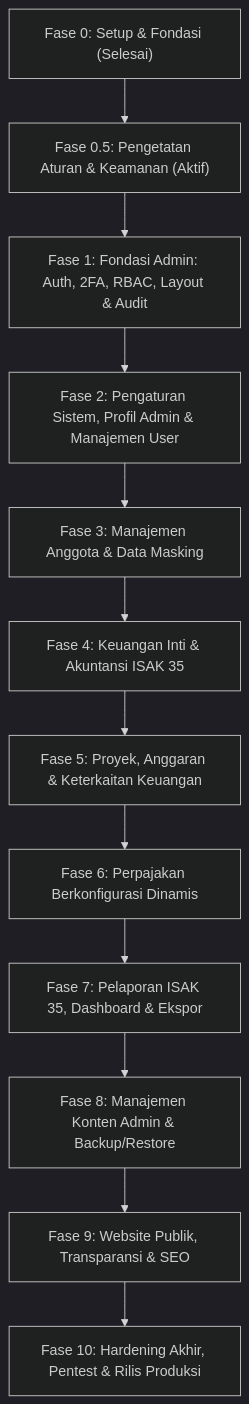
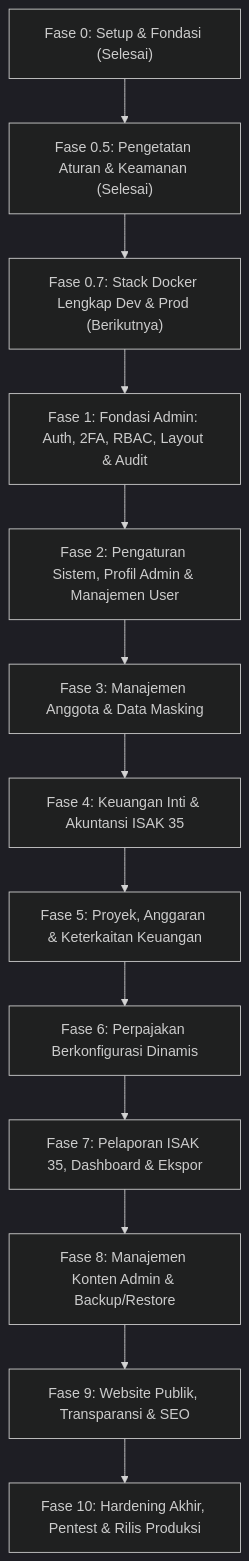
The diagram in docs/MASTER-PLAN.md (SunnFlower47/yayasan-nurjaman), drawn with Mermaid (dark theme) before and after one commit. The commit also changed other lines of this file and 4 other files, not shown here.

Commit message:
docs(docker): spesifikasi docker-first prosedur migrasi dan fase 0.7 [ID: 0007]

````diff
--- a/docs/MASTER-PLAN.md
+++ b/docs/MASTER-PLAN.md
@@ -41,14 +41,15 @@
 ```mermaid
 flowchart TD
-    F0["Fase 0: Setup & Fondasi (Selesai)"] --> F05["Fase 0.5: Pengetatan Aturan & Keamanan (Aktif)"]
-    F05 --> F1["Fase 1: Fondasi Admin: Auth, 2FA, RBAC, Layout & Audit"]
+    F0["Fase 0: Setup & Fondasi (Selesai)"] --> F05["Fase 0.5: Pengetatan Aturan & Keamanan (Selesai)"]
+    F05 --> F07["Fase 0.7: Stack Docker Lengkap Dev & Prod (Berikutnya)"]
+    F07 --> F1["Fase 1: Fondasi Admin: Auth, 2FA, RBAC, Layout & Audit"]
     F1 --> F2["Fase 2: Pengaturan Sistem, Profil Admin & Manajemen User"]
     F2 --> F3["Fase 3: Manajemen Anggota & Data Masking"]
     F3 --> F4["Fase 4: Keuangan Inti & Akuntansi ISAK 35"]
     F4 --> F5["Fase 5: Proyek, Anggaran & Keterkaitan Keuangan"]
     F5 --> F6["Fase 6: Perpajakan Berkonfigurasi Dinamis"]
     F6 --> F7["Fase 7: Pelaporan ISAK 35, Dashboard & Ekspor"]
     F7 --> F8["Fase 8: Manajemen Konten Admin & Backup/Restore"]
     F8 --> F9["Fase 9: Website Publik, Transparansi & SEO"]
     F9 --> F10["Fase 10: Hardening Akhir, Pentest & Rilis Produksi"]
 ```
````
